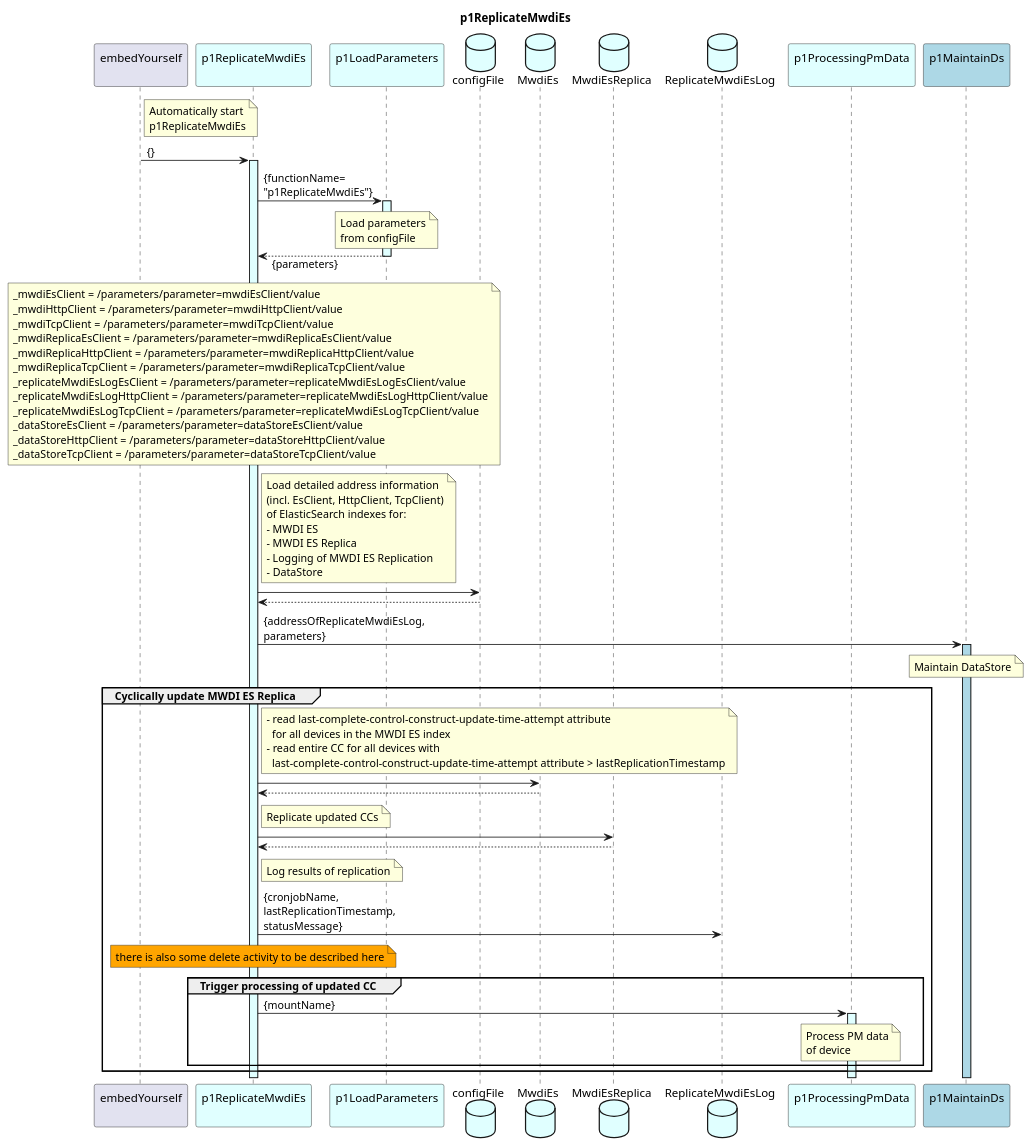
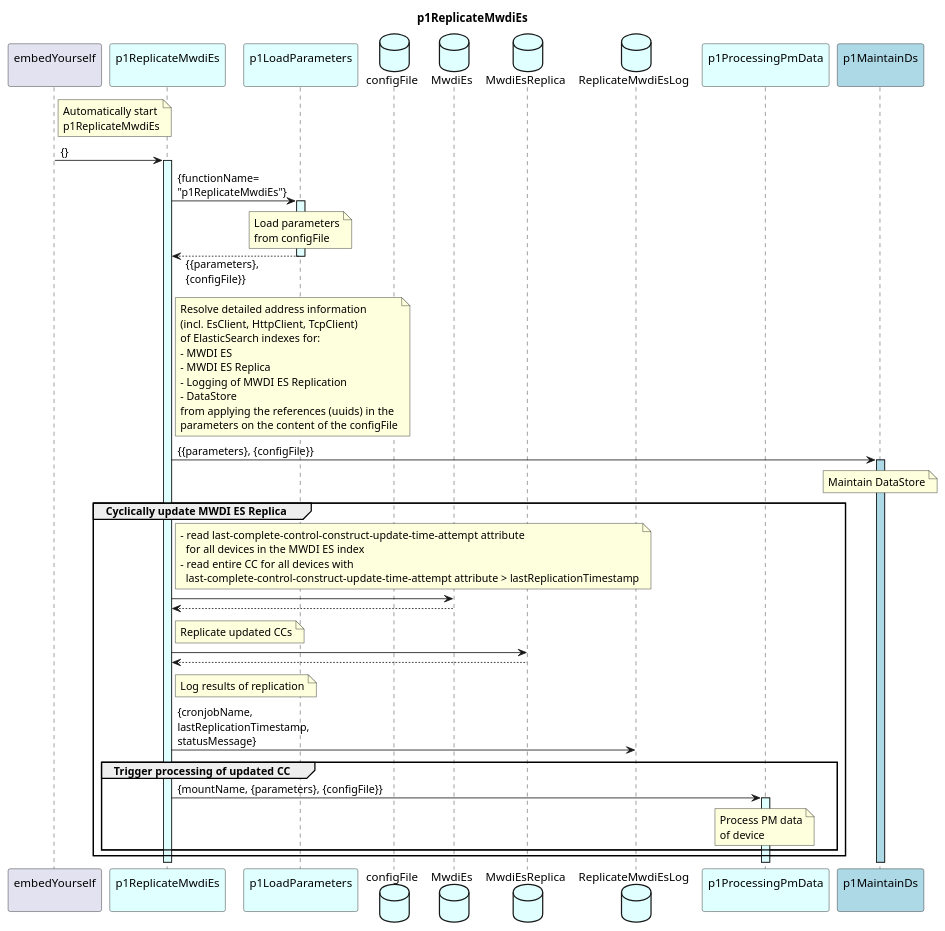
One commit to openBackhaul/DevicePerformanceManagementDataProcessor changed the diagram in spec/Functions/specificFunctions/p1ReplicateMwdiEs/p1ReplicateMwdiEs.plantuml. Above: the diagram before and after it, drawn with PlantUML. The commit also changed 13 other files, not shown here.

Commit message:
Add configFile content to handover between Functions

```diff
--- a/spec/Functions/specificFunctions/p1ReplicateMwdiEs/p1ReplicateMwdiEs.plantuml
+++ b/spec/Functions/specificFunctions/p1ReplicateMwdiEs/p1ReplicateMwdiEs.plantuml
@@ -1,109 +1,88 @@
 @startuml p1ReplicateMwdiEs
 skinparam responseMessageBelowArrow true
 
 title
   p1ReplicateMwdiEs
 end title
 
 participant "embedYourself\n" as embed
 participant "p1ReplicateMwdiEs\n" as p1RMWDI #LightCyan
 participant "p1LoadParameters\n" as p1LP #LightCyan
 database "configFile" as configFile #LightCyan
 
 database "MwdiEs" as mwdiEs #LightCyan
 database "MwdiEsReplica" as mwdiEsReplica #LightCyan
 database "ReplicateMwdiEsLog" as log #LightCyan
 
 participant "p1ProcessingPmData\n" as p1ProOrch #LightCyan
 participant "p1MaintainDs\n" as p1MDS #LightBlue
 
 note right embed
   Automatically start
   p1ReplicateMwdiEs
 end note
 embed -> p1RMWDI : {}
 activate p1RMWDI #LightCyan
 
   p1RMWDI -> p1LP : {functionName=\n"p1ReplicateMwdiEs"}
   activate p1LP #LightCyan
     note over p1LP
       Load parameters
       from configFile
     end note
-  p1RMWDI <-- p1LP : {parameters}
+  p1RMWDI <-- p1LP : {{parameters},\n{configFile}}
   deactivate p1LP
 
-  note over p1RMWDI
-    _mwdiEsClient = /parameters/parameter=mwdiEsClient/value
-    _mwdiHttpClient = /parameters/parameter=mwdiHttpClient/value
-    _mwdiTcpClient = /parameters/parameter=mwdiTcpClient/value
-    _mwdiReplicaEsClient = /parameters/parameter=mwdiReplicaEsClient/value
-    _mwdiReplicaHttpClient = /parameters/parameter=mwdiReplicaHttpClient/value
-    _mwdiReplicaTcpClient = /parameters/parameter=mwdiReplicaTcpClient/value
-    _replicateMwdiEsLogEsClient = /parameters/parameter=replicateMwdiEsLogEsClient/value
-    _replicateMwdiEsLogHttpClient = /parameters/parameter=replicateMwdiEsLogHttpClient/value
-    _replicateMwdiEsLogTcpClient = /parameters/parameter=replicateMwdiEsLogTcpClient/value
-    _dataStoreEsClient = /parameters/parameter=dataStoreEsClient/value
-    _dataStoreHttpClient = /parameters/parameter=dataStoreHttpClient/value
-    _dataStoreTcpClient = /parameters/parameter=dataStoreTcpClient/value
-  end note
-
   note right p1RMWDI
-    Load detailed address information 
+    Resolve detailed address information 
     (incl. EsClient, HttpClient, TcpClient)
     of ElasticSearch indexes for:
     - MWDI ES
     - MWDI ES Replica
     - Logging of MWDI ES Replication
     - DataStore
+    from applying the references (uuids) in the
+    parameters on the content of the configFile
   end note
-  p1RMWDI -> configFile
-  p1RMWDI <-- configFile
 
-  p1RMWDI -> p1MDS : {addressOfReplicateMwdiEsLog,\nparameters}
+  p1RMWDI -> p1MDS : {{parameters}, {configFile}}
   activate p1MDS #LightBlue
     note over p1MDS
       Maintain DataStore
     end note
 
   group Cyclically update MWDI ES Replica
 
     note right p1RMWDI
       - read last-complete-control-construct-update-time-attempt attribute
         for all devices in the MWDI ES index
       - read entire CC for all devices with
         last-complete-control-construct-update-time-attempt attribute > lastReplicationTimestamp
     end note
     p1RMWDI -> mwdiEs
     p1RMWDI <-- mwdiEs
 
     note right p1RMWDI
       Replicate updated CCs
     end note
     p1RMWDI -> mwdiEsReplica
     p1RMWDI <-- mwdiEsReplica
 
     note right p1RMWDI
       Log results of replication
     end note
     p1RMWDI -> log : {cronjobName,\nlastReplicationTimestamp,\nstatusMessage}
 
 
-    note over p1RMWDI #Orange
-      there is also some delete activity to be described here
-    end note
-
-
-
     group Trigger processing of updated CC
-      p1RMWDI -> p1ProOrch : {mountName}
+      p1RMWDI -> p1ProOrch : {mountName, {parameters}, {configFile}}
       activate p1ProOrch #LightCyan
         note over p1ProOrch
           Process PM data
           of device
         end note
     end
 
   end
 
 @enduml
```
